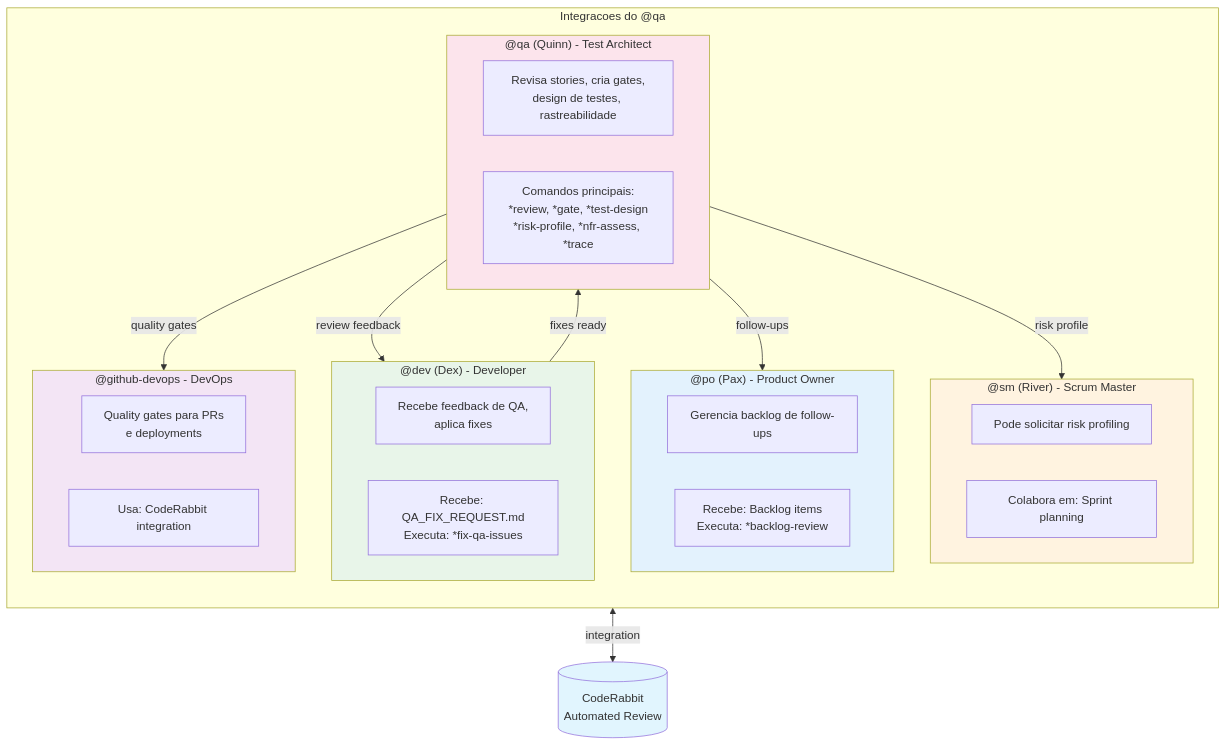
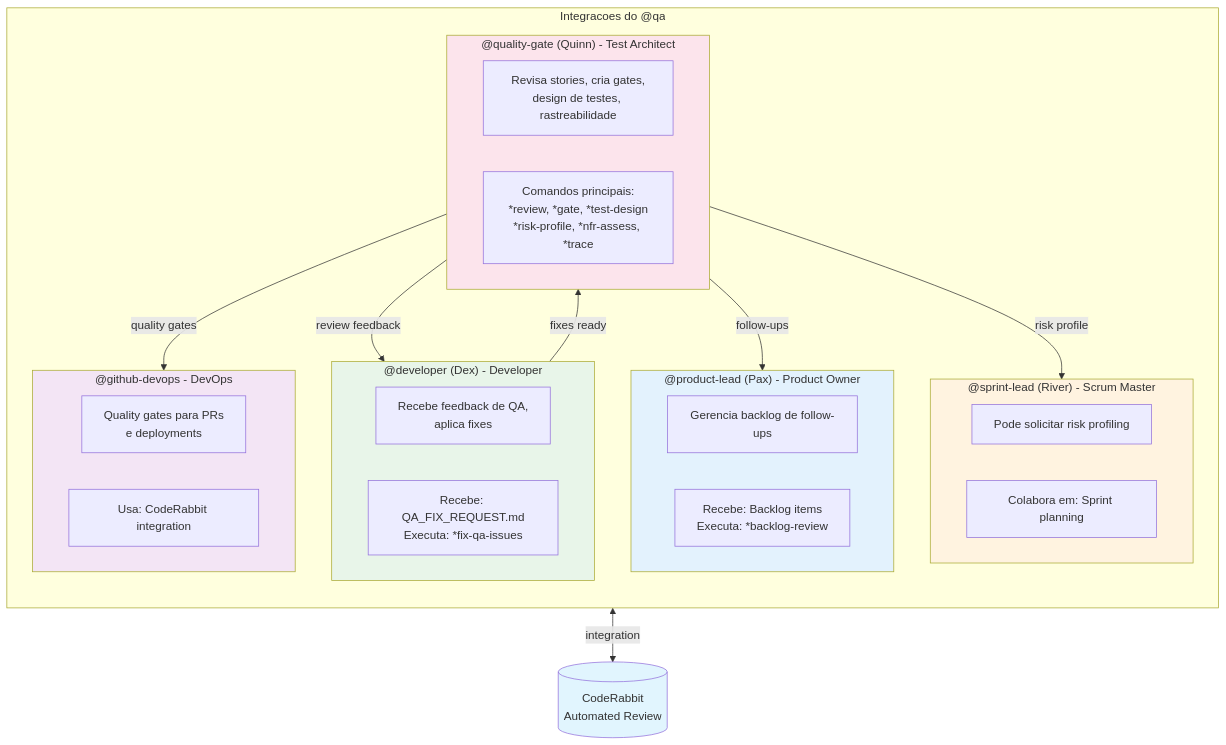
One commit to caioimori/sinapse-ai changed the fifth of 5 diagrams in docs/guides/agents/QA-SYSTEM.md. Above: the diagram before and after it, drawn with Mermaid. The commit also changed other lines of this file and 873 other files, not shown here.

````diff
--- a/docs/guides/agents/QA-SYSTEM.md
+++ b/docs/guides/agents/QA-SYSTEM.md
@@ -427,47 +427,47 @@
 ```mermaid
 flowchart TB
     subgraph AGENTS["Integracoes do @qa"]
         direction TB
 
-        subgraph QA_BOX["@qa (Quinn) - Test Architect"]
+        subgraph QA_BOX["@quality-gate (Quinn) - Test Architect"]
             QA_DESC["Revisa stories, cria gates,<br/>design de testes, rastreabilidade"]
             QA_CMDS["Comandos principais:<br/>*review, *gate, *test-design<br/>*risk-profile, *nfr-assess, *trace"]
         end
 
-        subgraph DEV_BOX["@dev (Dex) - Developer"]
+        subgraph DEV_BOX["@developer (Dex) - Developer"]
             DEV_DESC["Recebe feedback de QA,<br/>aplica fixes"]
             DEV_CMDS["Recebe: QA_FIX_REQUEST.md<br/>Executa: *fix-qa-issues"]
         end
 
-        subgraph PO_BOX["@po (Pax) - Product Owner"]
+        subgraph PO_BOX["@product-lead (Pax) - Product Owner"]
             PO_DESC["Gerencia backlog de follow-ups"]
             PO_CMDS["Recebe: Backlog items<br/>Executa: *backlog-review"]
         end
 
-        subgraph SM_BOX["@sm (River) - Scrum Master"]
+        subgraph SM_BOX["@sprint-lead (River) - Scrum Master"]
             SM_DESC["Pode solicitar risk profiling"]
             SM_CMDS["Colabora em: Sprint planning"]
         end
 
         subgraph DEVOPS_BOX["@github-devops - DevOps"]
             DEVOPS_DESC["Quality gates para PRs<br/>e deployments"]
             DEVOPS_CMDS["Usa: CodeRabbit integration"]
         end
     end
 
     QA_BOX -->|"review feedback"| DEV_BOX
     QA_BOX -->|"follow-ups"| PO_BOX
     QA_BOX -->|"risk profile"| SM_BOX
     QA_BOX -->|"quality gates"| DEVOPS_BOX
     DEV_BOX -->|"fixes ready"| QA_BOX
 
     CODERABBIT[("CodeRabbit<br/>Automated Review")]
     QA_BOX <-->|"integration"| CODERABBIT
 
     style QA_BOX fill:#fce4ec
     style DEV_BOX fill:#e8f5e9
     style PO_BOX fill:#e3f2fd
     style SM_BOX fill:#fff3e0
     style DEVOPS_BOX fill:#f3e5f5
     style CODERABBIT fill:#e1f5fe
 ```
````
